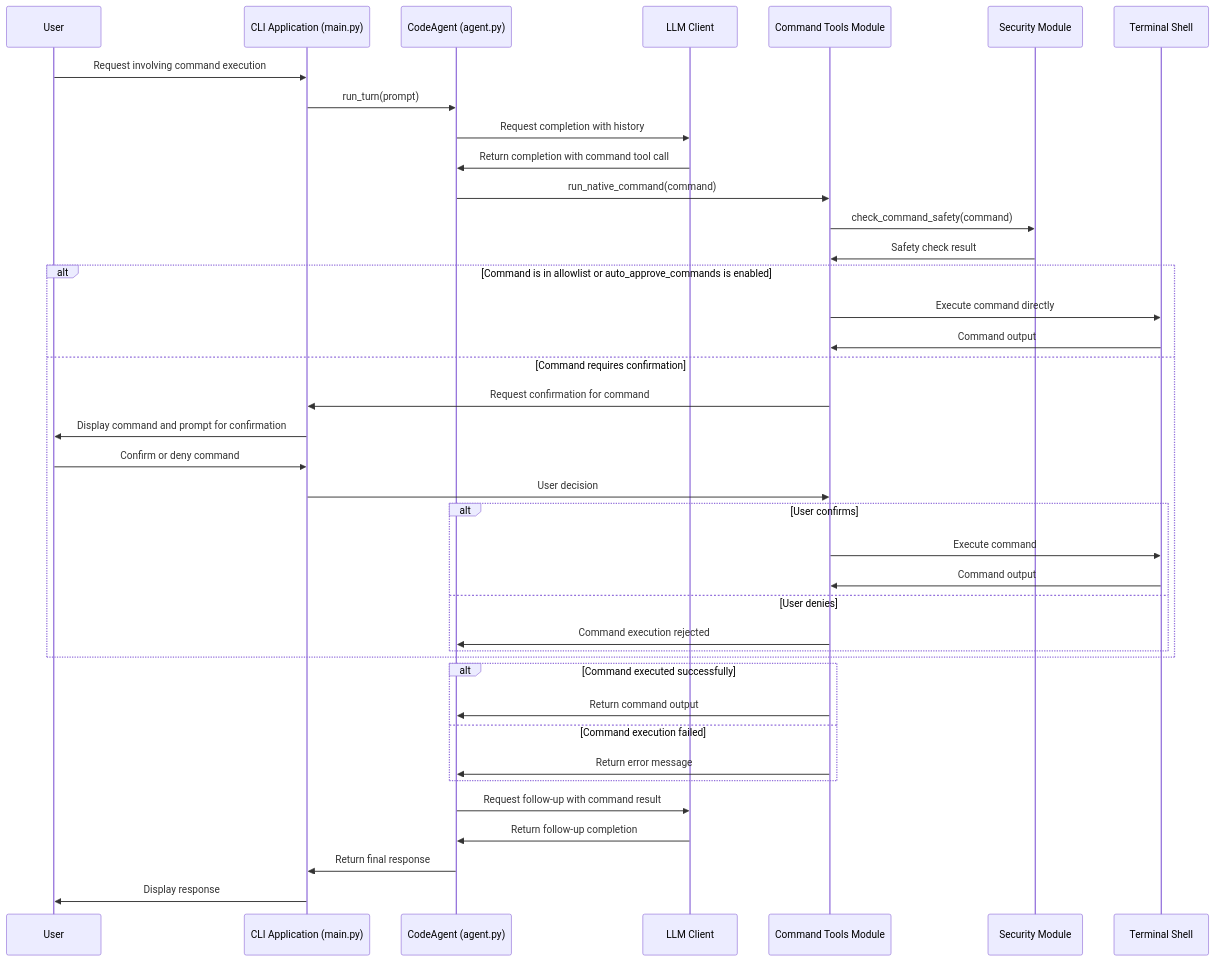
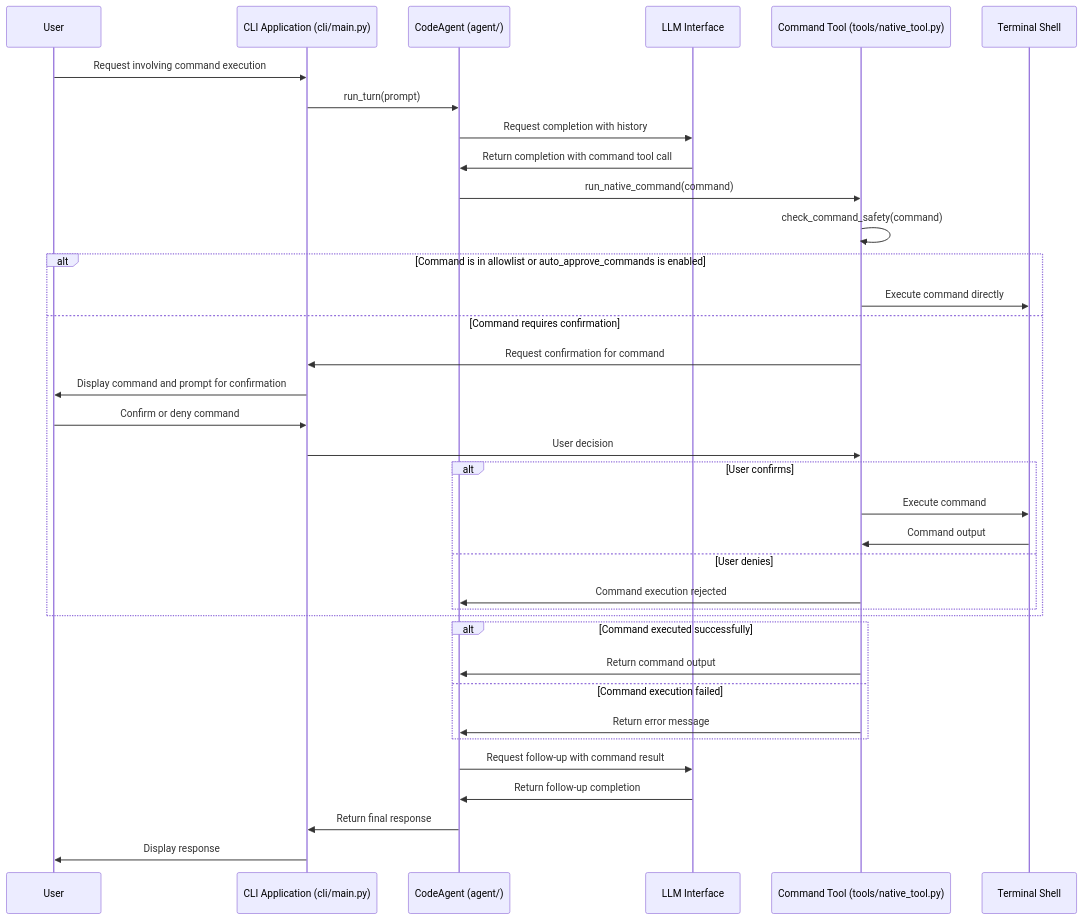
The diagram in docs/feature_command_execution.md (BlueCentre/code-agent), drawn with Mermaid before and after one commit. The commit also changed 36 other files, not shown here.

````diff
--- a/docs/feature_command_execution.md
+++ b/docs/feature_command_execution.md
@@ -180,48 +180,45 @@
 ```mermaid
 sequenceDiagram
     participant User
-    participant CLI as CLI Application (main.py)
-    participant Agent as CodeAgent (agent.py)
-    participant LLM as LLM Client
-    participant CmdTool as Command Tools Module
-    participant Security as Security Module
+    participant CLI as CLI Application (cli/main.py)
+    participant Agent as CodeAgent (agent/)
+    participant LiteLLM as LLM Interface
+    participant CmdTool as Command Tool (tools/native_tool.py)
     participant Shell as Terminal Shell
 
     User->>CLI: Request involving command execution
     CLI->>Agent: run_turn(prompt)
-    Agent->>LLM: Request completion with history
-    LLM->>Agent: Return completion with command tool call
+    Agent->>LiteLLM: Request completion with history
+    LiteLLM->>Agent: Return completion with command tool call
 
     Agent->>CmdTool: run_native_command(command)
-    CmdTool->>Security: check_command_safety(command)
-    Security->>CmdTool: Safety check result
+    CmdTool->>CmdTool: check_command_safety(command)
 
     alt Command is in allowlist or auto_approve_commands is enabled
         CmdTool->>Shell: Execute command directly
-        Shell->>CmdTool: Command output
     else Command requires confirmation
         CmdTool->>CLI: Request confirmation for command
         CLI->>User: Display command and prompt for confirmation
         User->>CLI: Confirm or deny command
         CLI->>CmdTool: User decision
 
         alt User confirms
             CmdTool->>Shell: Execute command
             Shell->>CmdTool: Command output
         else User denies
             CmdTool->>Agent: Command execution rejected
         end
     end
 
     alt Command executed successfully
         CmdTool->>Agent: Return command output
     else Command execution failed
         CmdTool->>Agent: Return error message
     end
 
-    Agent->>LLM: Request follow-up with command result
-    LLM->>Agent: Return follow-up completion
+    Agent->>LiteLLM: Request follow-up with command result
+    LiteLLM->>Agent: Return follow-up completion
 
     Agent->>CLI: Return final response
     CLI->>User: Display response
 ```
````
